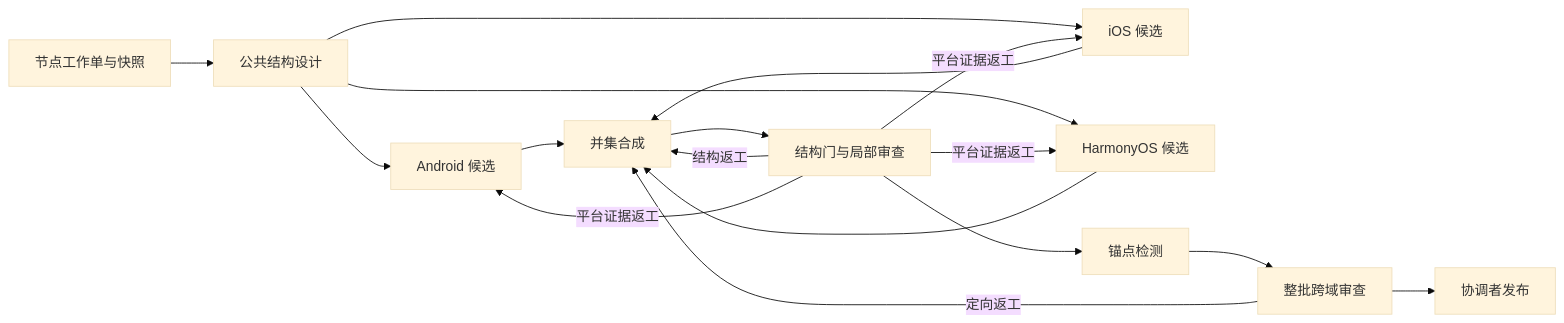
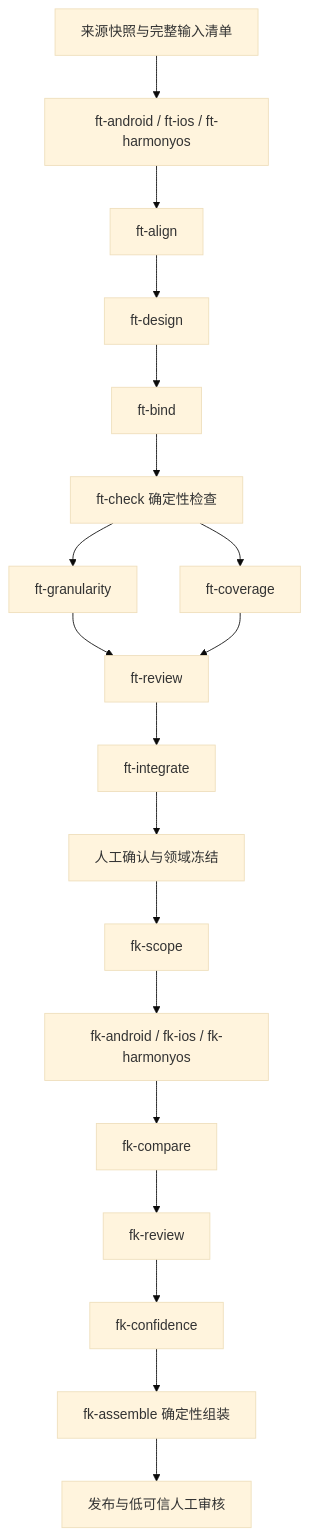
Before and after one commit to chuanqi87/FeatureTree: the diagram in docs/workflow/design.md, drawn with Mermaid (base theme). The commit also changed other lines of this file and 41 other files, not shown here.

````diff
--- a/docs/workflow/design.md
+++ b/docs/workflow/design.md
@@ -11,19 +5,21 @@
 ```mermaid
-flowchart LR
-    A[节点工作单与快照] --> B[公共结构设计]
-    B --> C[Android 候选]
-    B --> D[iOS 候选]
-    B --> E[HarmonyOS 候选]
-    C --> F[并集合成]
-    D --> F
-    E --> F
-    F --> G[结构门与局部审查]
-    G --> H[锚点检测]
-    H --> I[整批跨域审查]
-    I --> J[协调者发布]
-    G -- 结构返工 --> F
-    G -- 平台证据返工 --> C
-    G -- 平台证据返工 --> D
-    G -- 平台证据返工 --> E
-    I -- 定向返工 --> F
+flowchart TD
+  S[来源快照与完整输入清单] --> T[ft-android / ft-ios / ft-harmonyos]
+  T --> A[ft-align]
+  A --> D[ft-design]
+  D --> B[ft-bind]
+  B --> M[ft-check 确定性检查]
+  M --> G[ft-granularity]
+  M --> C[ft-coverage]
+  G --> R[ft-review]
+  C --> R
+  R --> I[ft-integrate]
+  I --> F[人工确认与领域冻结]
+  F --> K[fk-scope]
+  K --> P[fk-android / fk-ios / fk-harmonyos]
+  P --> X[fk-compare]
+  X --> V[fk-review]
+  V --> Q[fk-confidence]
+  Q --> Z[fk-assemble 确定性组装]
+  Z --> H[发布与低可信人工审核]
 ```
````
